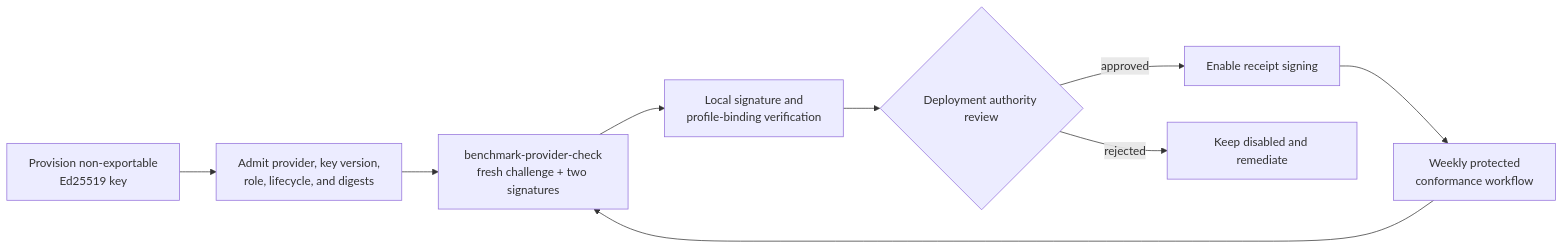
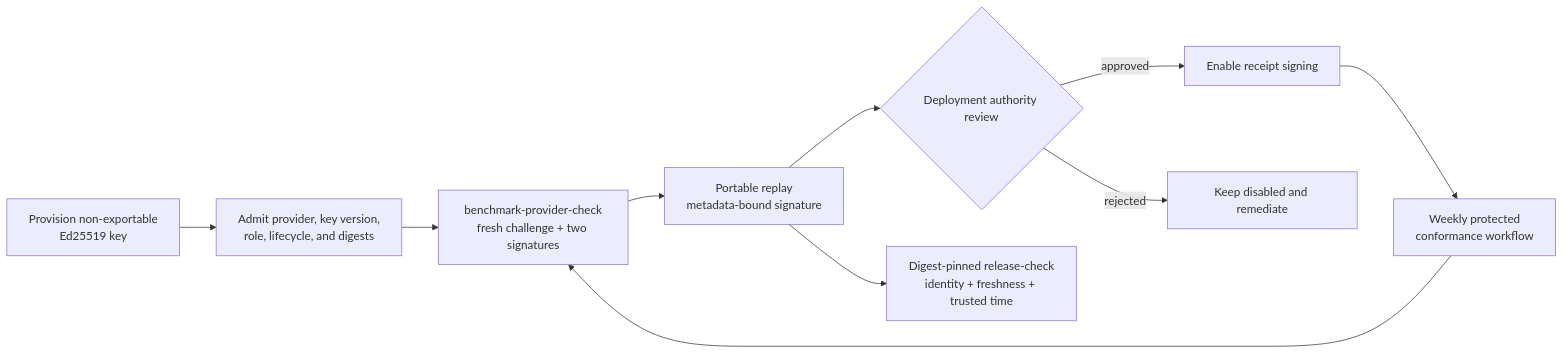
One commit to willtran87/project-py-security-suite changed the second of 2 diagrams in docs/benchmark-operations.md. Above: the diagram before and after it, drawn with Mermaid. The commit also changed other lines of this file and 84 other files, not shown here.

````diff
--- a/docs/benchmark-operations.md
+++ b/docs/benchmark-operations.md
@@ -28,11 +28,12 @@
 ```mermaid
 flowchart LR
     Provision["Provision non-exportable<br/>Ed25519 key"] --> Admit["Admit provider, key version,<br/>role, lifecycle, and digests"]
     Admit --> Check["benchmark-provider-check<br/>fresh challenge + two signatures"]
-    Check --> Verify["Local signature and<br/>profile-binding verification"]
+    Check --> Verify["Portable replay<br/>metadata-bound signature"]
     Verify --> Review{"Deployment authority review"}
     Review -->|approved| Enable["Enable receipt signing"]
     Review -->|rejected| Remediate["Keep disabled and remediate"]
     Enable --> Scheduled["Weekly protected<br/>conformance workflow"]
     Scheduled --> Check
+    Verify --> Release["Digest-pinned release-check<br/>identity + freshness + trusted time"]
 ```
````
